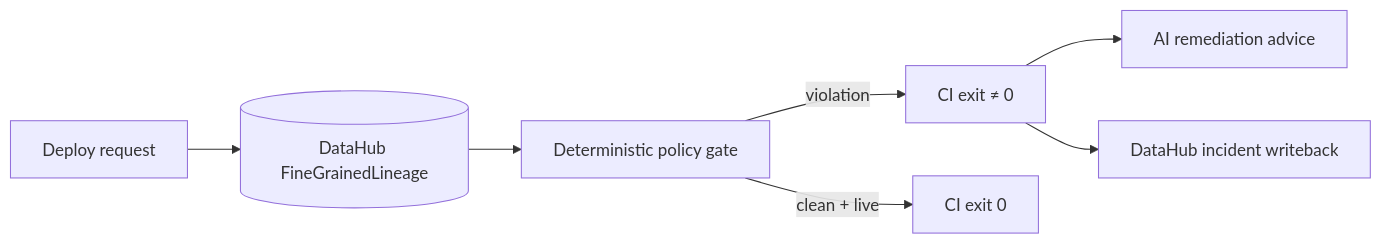
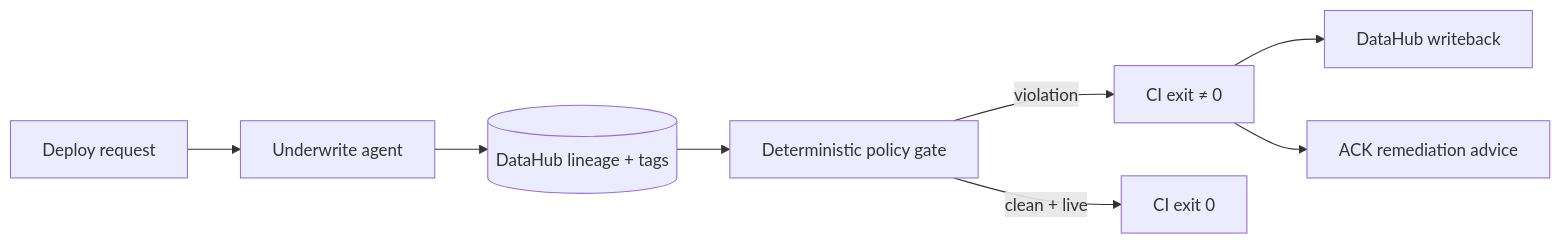
Before and after one commit to Dhruva-Aher/UnderWrite: the diagram in README.md, drawn with Mermaid. The commit also changed other lines of this file and 5 other files, not shown here.

First line of the commit message:
Harden judge-facing packaging: pin deps, agent framing, writeback dedup

````diff
--- a/README.md
+++ b/README.md
@@ -175,9 +189,10 @@
 ```mermaid
 flowchart LR
-    Deploy[Deploy request] --> DH[(DataHub FineGrainedLineage)]
+    Deploy[Deploy request] --> Agent[Underwrite agent]
+    Agent --> DH[(DataHub lineage + tags)]
     DH --> Gate[Deterministic policy gate]
     Gate -->|violation| Block[CI exit ≠ 0]
     Gate -->|clean + live| Pass[CI exit 0]
-    Block --> AI[AI remediation advice]
-    Block --> WB[DataHub incident writeback]
+    Block --> WB[DataHub writeback]
+    Block --> AI[ACK remediation advice]
 ```
````
